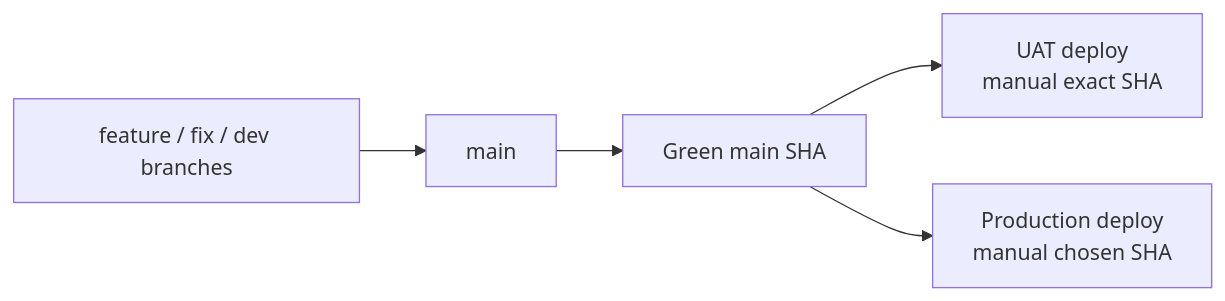
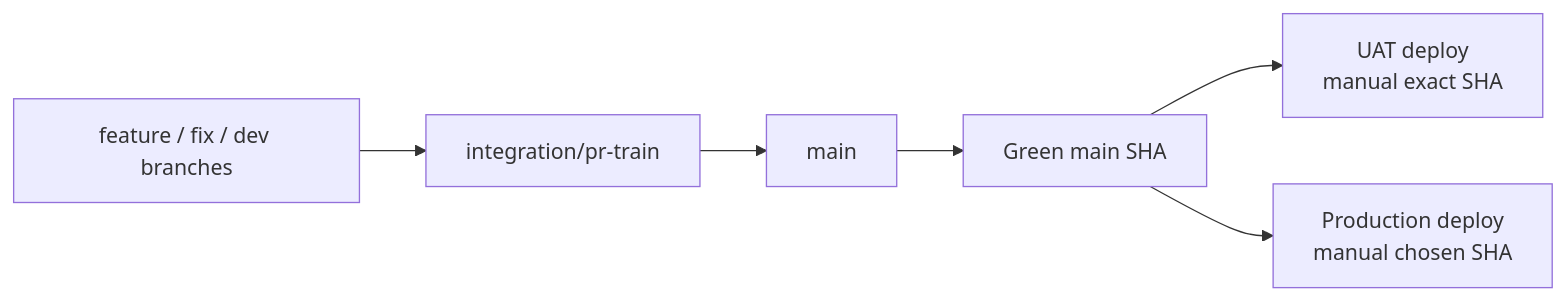
One commit to KARTHI-77/hushh-research changed the diagram in docs/reference/operations/branch-governance.md. Above: the diagram before and after it, drawn with Mermaid. The commit also changed other lines of this file and 9 other files, not shown here.

````diff
--- a/docs/reference/operations/branch-governance.md
+++ b/docs/reference/operations/branch-governance.md
@@ -6,11 +6,12 @@
 ```mermaid
 flowchart LR
   feature["feature / fix / dev branches"]
+  train["integration/pr-train"]
   main["main"]
   green["Green main SHA"]
   uat["UAT deploy<br/>manual exact SHA"]
   prod["Production deploy<br/>manual chosen SHA"]
-  feature --> main --> green
+  feature --> train --> main --> green
   green --> uat
   green --> prod
 ```
````
